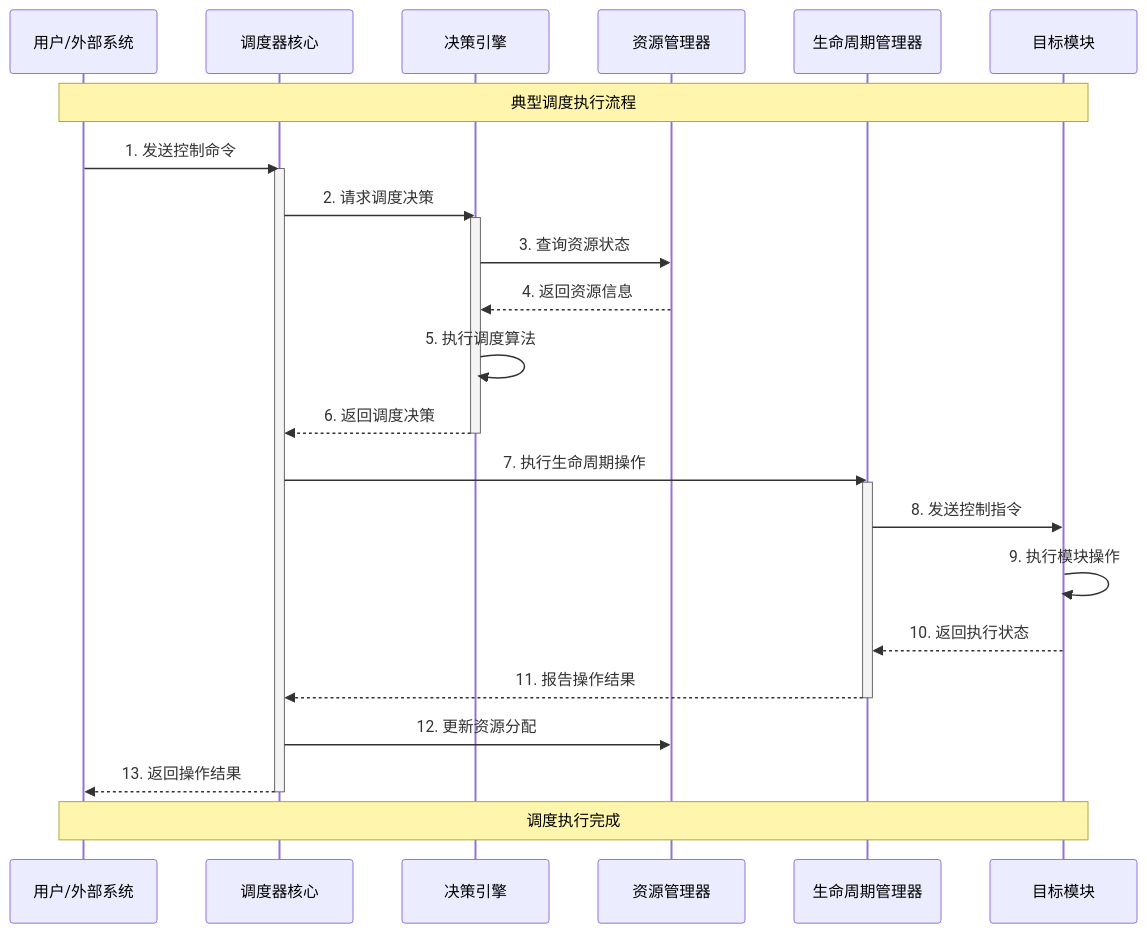
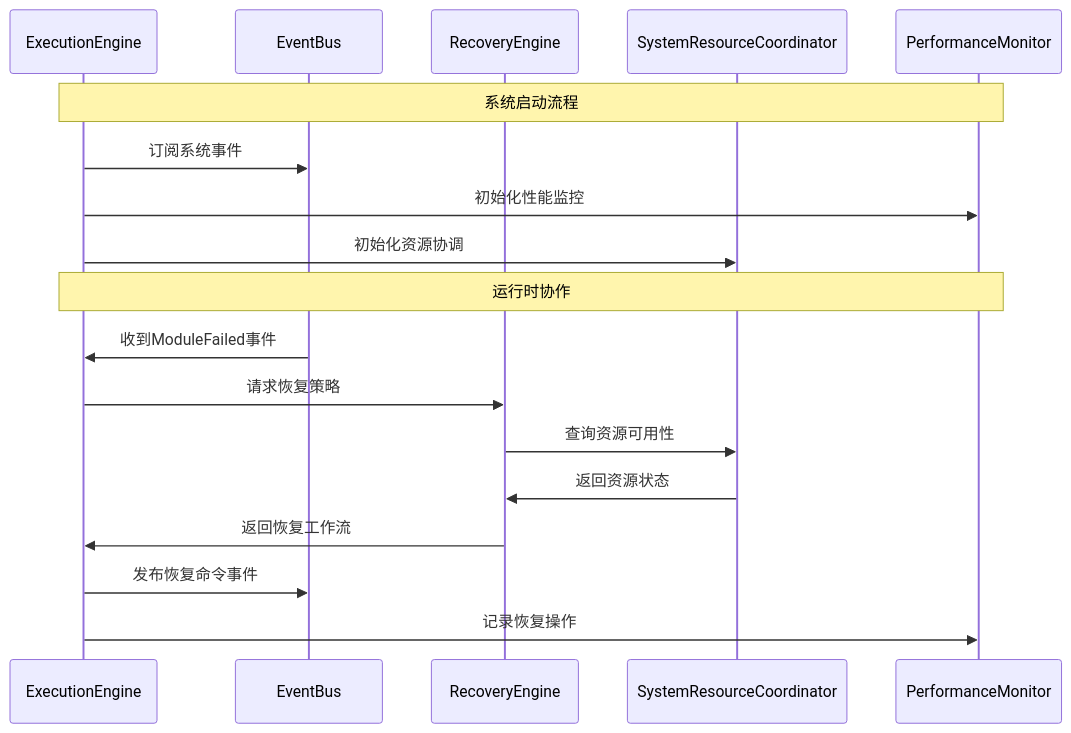
Before and after one commit to wendizhou99-cell/Radar: the fourth of 13 diagrams in docs/01_项目设计/02_模块设计/05_任务调度器设计.md, drawn with Mermaid. The commit also changed other lines of this file and 1 other file, not shown here.

````diff
--- a/docs/01_项目设计/02_模块设计/05_任务调度器设计.md
+++ b/docs/01_项目设计/02_模块设计/05_任务调度器设计.md
@@ -269,35 +325,22 @@
 ```mermaid
 sequenceDiagram
-    participant User as 用户/外部系统
-    participant Scheduler as 调度器核心
-    participant DecisionEngine as 决策引擎
-    participant ResourceMgr as 资源管理器
-    participant LifecycleMgr as 生命周期管理器
-    participant TargetModule as 目标模块
+    participant EE as ExecutionEngine
+    participant EB as EventBus
+    participant RE as RecoveryEngine
+    participant RC as SystemResourceCoordinator
+    participant PM as PerformanceMonitor
 
-    Note over User,TargetModule: 典型调度执行流程
+    Note over EE,PM: 系统启动流程
+    EE->>EB: 订阅系统事件
+    EE->>PM: 初始化性能监控
+    EE->>RC: 初始化资源协调
 
-    User->>Scheduler: 1. 发送控制命令
-    activate Scheduler
-    Scheduler->>DecisionEngine: 2. 请求调度决策
-    activate DecisionEngine
-    DecisionEngine->>ResourceMgr: 3. 查询资源状态
-    ResourceMgr-->>DecisionEngine: 4. 返回资源信息
-    DecisionEngine->>DecisionEngine: 5. 执行调度算法
-    DecisionEngine-->>Scheduler: 6. 返回调度决策
-    deactivate DecisionEngine
-
-    Scheduler->>LifecycleMgr: 7. 执行生命周期操作
-    activate LifecycleMgr
-    LifecycleMgr->>TargetModule: 8. 发送控制指令
-    TargetModule->>TargetModule: 9. 执行模块操作
-    TargetModule-->>LifecycleMgr: 10. 返回执行状态
-    LifecycleMgr-->>Scheduler: 11. 报告操作结果
-    deactivate LifecycleMgr
-
-    Scheduler->>ResourceMgr: 12. 更新资源分配
-    Scheduler-->>User: 13. 返回操作结果
-    deactivate Scheduler
-
-    Note over User,TargetModule: 调度执行完成
+    Note over EE,PM: 运行时协作
+    EB->>EE: 收到ModuleFailed事件
+    EE->>RE: 请求恢复策略
+    RE->>RC: 查询资源可用性
+    RC->>RE: 返回资源状态
+    RE->>EE: 返回恢复工作流
+    EE->>EB: 发布恢复命令事件
+    EE->>PM: 记录恢复操作
 ```
````
